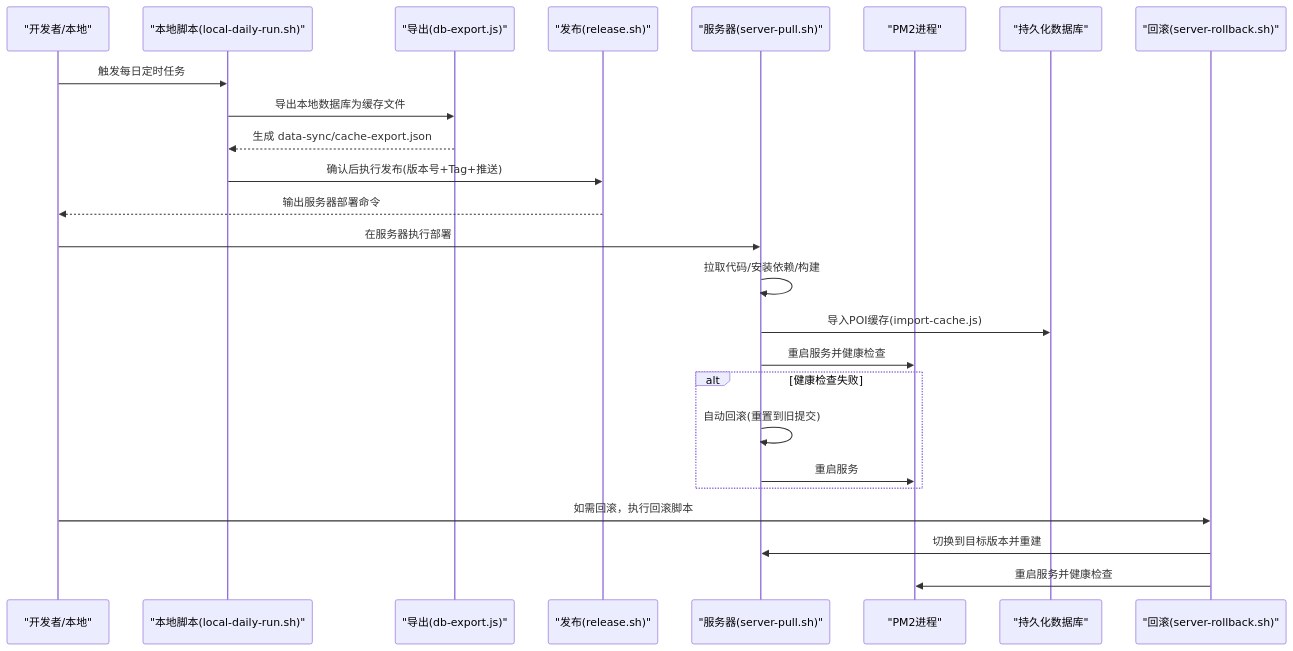
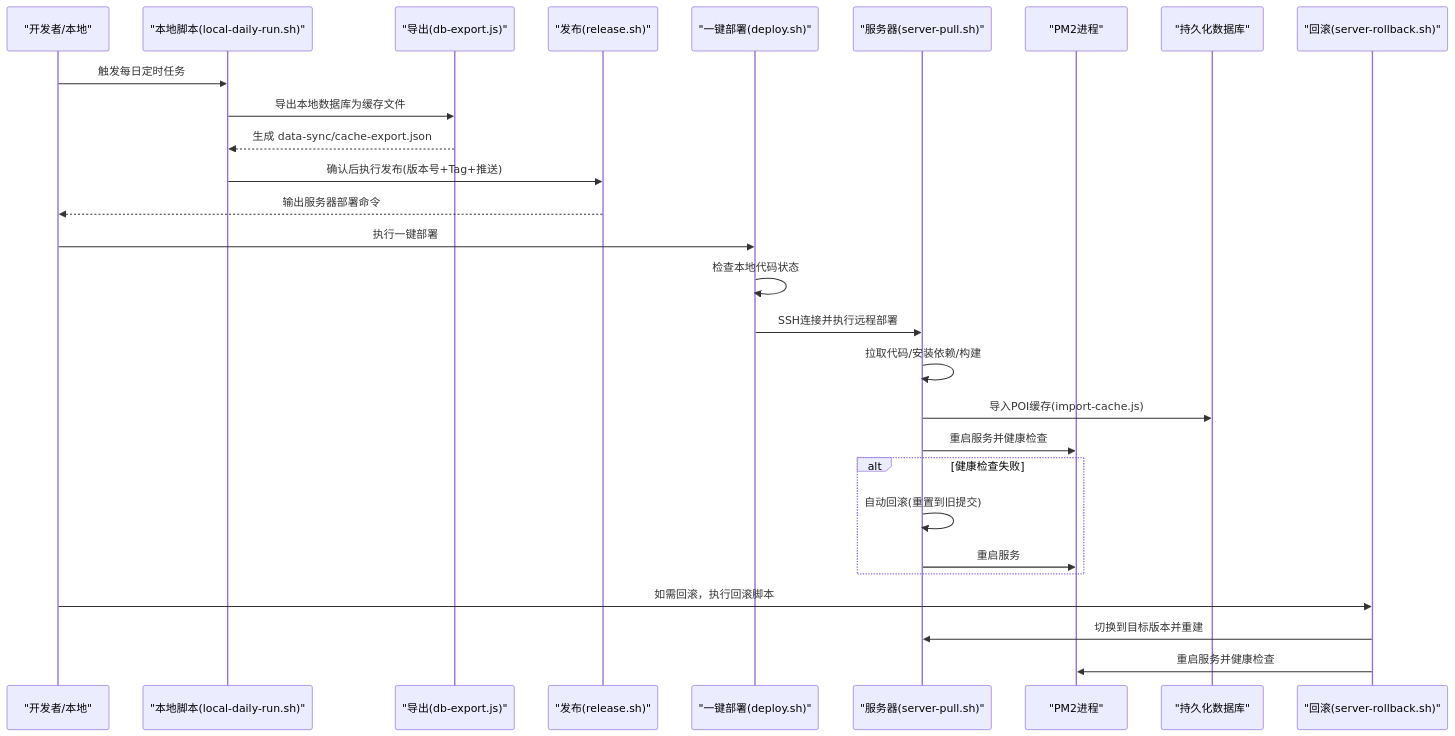
Before and after one commit to ititjjy/AITrip-plan: the second of 5 diagrams in .qoder/repowiki/zh/content/部署与运维/自动化脚本.md, drawn with Mermaid. The commit also changed other lines of this file and 28 other files, not shown here.

````diff
--- a/.qoder/repowiki/zh/content/部署与运维/自动化脚本.md
+++ b/.qoder/repowiki/zh/content/部署与运维/自动化脚本.md
@@ -102,27 +109,30 @@
 ```mermaid
 sequenceDiagram
 participant Dev as "开发者/本地"
 participant Local as "本地脚本(local-daily-run.sh)"
 participant Export as "导出(db-export.js)"
 participant Rel as "发布(release.sh)"
+participant Dep as "一键部署(deploy.sh)"
 participant Srv as "服务器(server-pull.sh)"
 participant PM2 as "PM2进程"
 participant DB as "持久化数据库"
 participant Roll as "回滚(server-rollback.sh)"
 Dev->>Local : 触发每日定时任务
 Local->>Export : 导出本地数据库为缓存文件
 Export-->>Local : 生成 data-sync/cache-export.json
 Local->>Rel : 确认后执行发布(版本号+Tag+推送)
 Rel-->>Dev : 输出服务器部署命令
-Dev->>Srv : 在服务器执行部署
+Dev->>Dep : 执行一键部署
+Dep->>Dep : 检查本地代码状态
+Dep->>Srv : SSH连接并执行远程部署
 Srv->>Srv : 拉取代码/安装依赖/构建
 Srv->>DB : 导入POI缓存(import-cache.js)
 Srv->>PM2 : 重启服务并健康检查
 alt 健康检查失败
 Srv->>Srv : 自动回滚(重置到旧提交)
 Srv->>PM2 : 重启服务
 end
 Dev->>Roll : 如需回滚，执行回滚脚本
 Roll->>Srv : 切换到目标版本并重建
 Roll->>PM2 : 重启服务并健康检查
 ```
````
